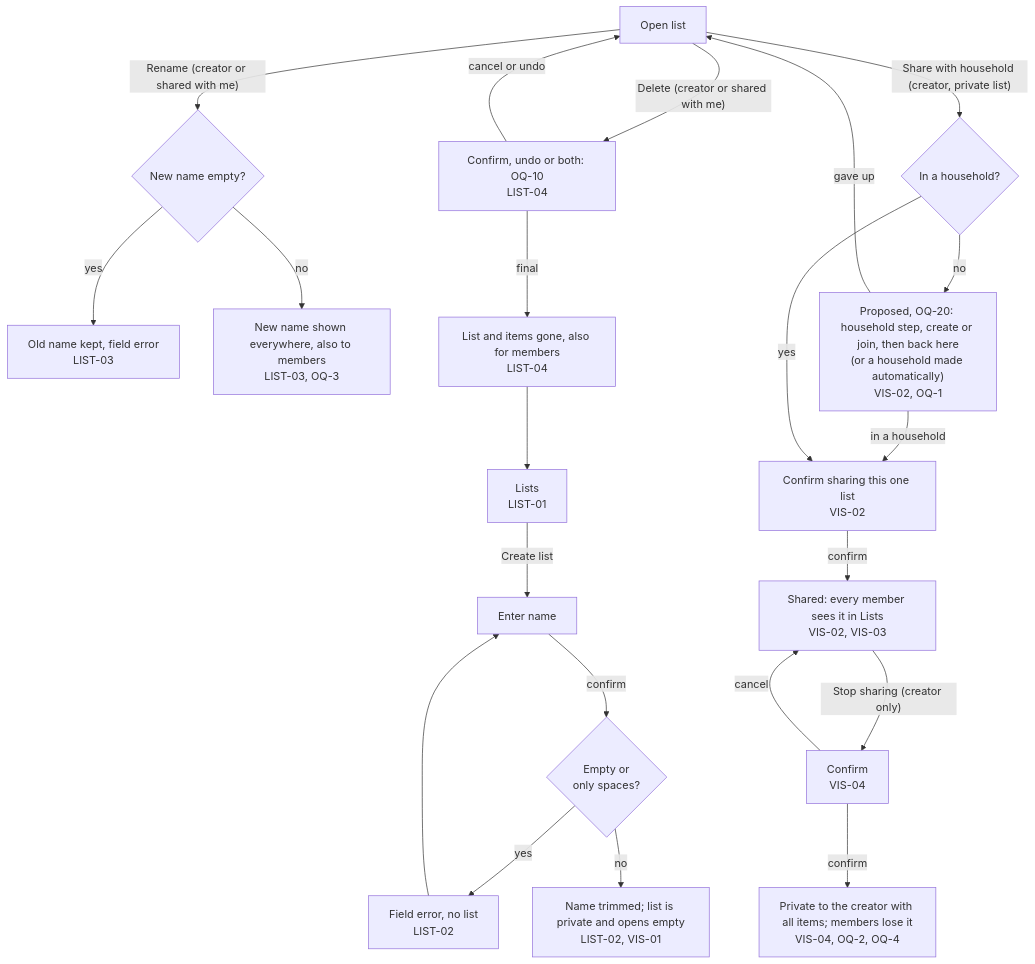
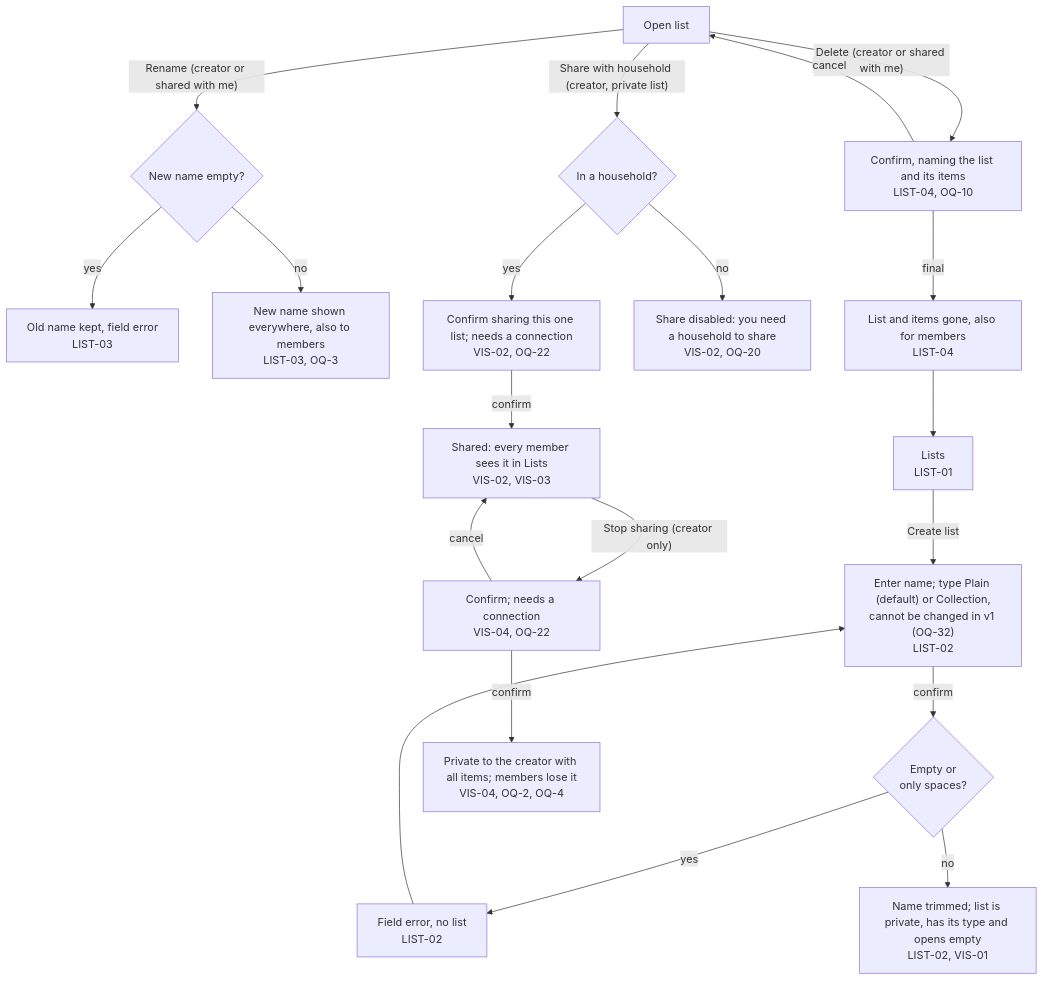
The sixth of 11 diagrams in docs/product/flow.md (bondo/listicles2), drawn with Mermaid before and after one commit. The commit also changed other lines of this file and 1 other file, not shown here.

````diff
--- a/docs/product/flow.md
+++ b/docs/product/flow.md
@@ -125,22 +161,20 @@
 ```mermaid
 flowchart TD
-    lists["Lists<br>LIST-01"] -- "Create list" --> name["Enter name"]
+    lists["Lists<br>LIST-01"] -- "Create list" --> name["Enter name; type Plain (default) or Collection,<br>cannot be changed in v1 (OQ-32)<br>LIST-02"]
     name -- "confirm" --> nvalid{"Empty or<br>only spaces?"}
     nvalid -- "yes" --> nerr["Field error, no list<br>LIST-02"] --> name
-    nvalid -- "no" --> newlist["Name trimmed; list is private and opens empty<br>LIST-02, VIS-01"]
+    nvalid -- "no" --> newlist["Name trimmed; list is private, has its type and opens empty<br>LIST-02, VIS-01"]
     open["Open list"] -- "Rename (creator or shared with me)" --> rn{"New name empty?"}
     rn -- "yes" --> rnerr["Old name kept, field error<br>LIST-03"]
     rn -- "no" --> renamed["New name shown everywhere, also to members<br>LIST-03, OQ-3"]
-    open -- "Delete (creator or shared with me)" --> del["Confirm, undo or both: OQ-10<br>LIST-04"]
-    del -- "cancel or undo" --> open
+    open -- "Delete (creator or shared with me)" --> del["Confirm, naming the list and its items<br>LIST-04, OQ-10"]
+    del -- "cancel" --> open
     del -- "final" --> dgone["List and items gone, also for members<br>LIST-04"] --> lists
     open -- "Share with household (creator, private list)" --> inhh{"In a household?"}
-    inhh -- "no" --> hstep["Proposed, OQ-20: household step, create or join, then back here<br>(or a household made automatically)<br>VIS-02, OQ-1"]
-    hstep -- "in a household" --> sconfirm
-    hstep -- "gave up" --> open
-    inhh -- "yes" --> sconfirm["Confirm sharing this one list<br>VIS-02"]
+    inhh -- "no" --> hstep["Share disabled: you need a household to share<br>VIS-02, OQ-20"]
+    inhh -- "yes" --> sconfirm["Confirm sharing this one list; needs a connection<br>VIS-02, OQ-22"]
     sconfirm -- "confirm" --> shared["Shared: every member sees it in Lists<br>VIS-02, VIS-03"]
-    shared -- "Stop sharing (creator only)" --> stop["Confirm<br>VIS-04"]
+    shared -- "Stop sharing (creator only)" --> stop["Confirm; needs a connection<br>VIS-04, OQ-22"]
     stop -- "cancel" --> shared
     stop -- "confirm" --> private["Private to the creator with all items; members lose it<br>VIS-04, OQ-2, OQ-4"]
 ```
````
